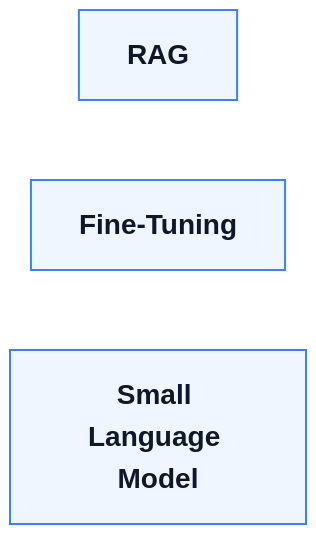
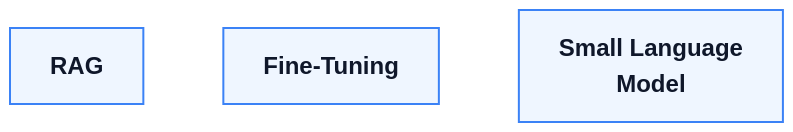
The first of 2 diagrams in slides/m10-rag.qmd (kerryback/mgmt675), drawn with Mermaid before and after one commit. The commit also changed other lines of this file and 18 other files, not shown here.

````diff
--- a/slides/m10-rag.qmd
+++ b/slides/m10-rag.qmd
@@ -26,10 +26,10 @@
 ```{mermaid}
 %%| fig-width: 16
-%%{init: {'theme': 'base', 'themeVariables': {'fontSize': '28px'}, 'flowchart': {'nodeSpacing': 80, 'rankSpacing': 80, 'padding': 24, 'useMaxWidth': true}}}%%
-flowchart TD
-  RAG["<b>RAG</b>"] ~~~ FT["<b>Fine-Tuning</b>"] ~~~ SLM["<b>Small Language Model</b>"]
+%%{init: {'theme': 'base', 'themeVariables': {'fontSize': '24px'}, 'flowchart': {'nodeSpacing': 80, 'rankSpacing': 80, 'padding': 20, 'useMaxWidth': true}}}%%
+flowchart LR
+  RAG["<b>RAG</b>"] ~~~ FT["<b>Fine-Tuning</b>"] ~~~ SLM["<b>Small Language<br>Model</b>"]
 
-  style RAG fill:#eff6ff,stroke:#3b82f6,stroke-width:2px,color:#0f172a,font-size:28px,padding:20px
-  style FT fill:#eff6ff,stroke:#3b82f6,stroke-width:2px,color:#0f172a,font-size:28px,padding:20px
-  style SLM fill:#eff6ff,stroke:#3b82f6,stroke-width:2px,color:#0f172a,font-size:28px,padding:20px
+  style RAG fill:#eff6ff,stroke:#3b82f6,stroke-width:2px,color:#0f172a,font-size:24px,padding:16px
+  style FT fill:#eff6ff,stroke:#3b82f6,stroke-width:2px,color:#0f172a,font-size:24px,padding:16px
+  style SLM fill:#eff6ff,stroke:#3b82f6,stroke-width:2px,color:#0f172a,font-size:24px,padding:16px
 ```
````
